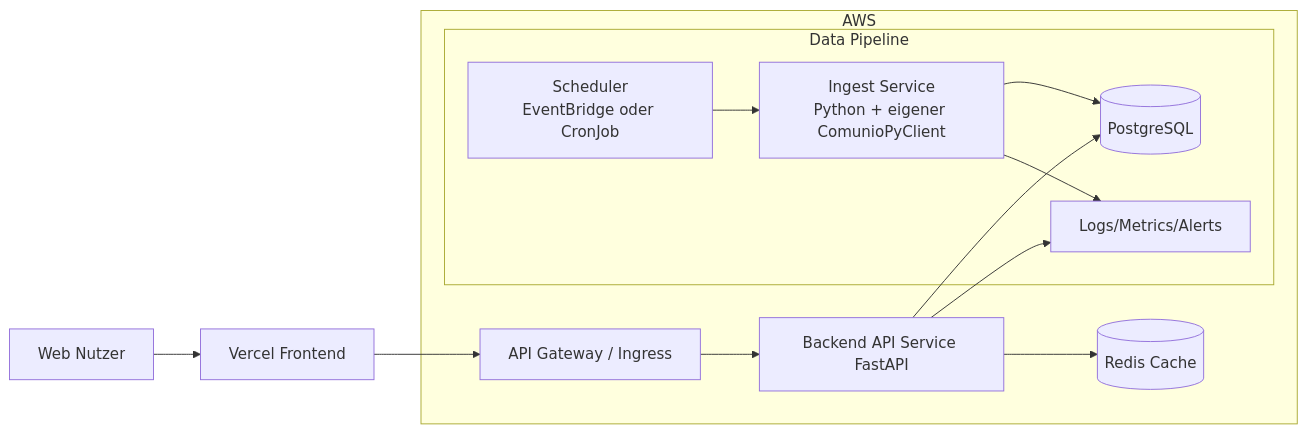
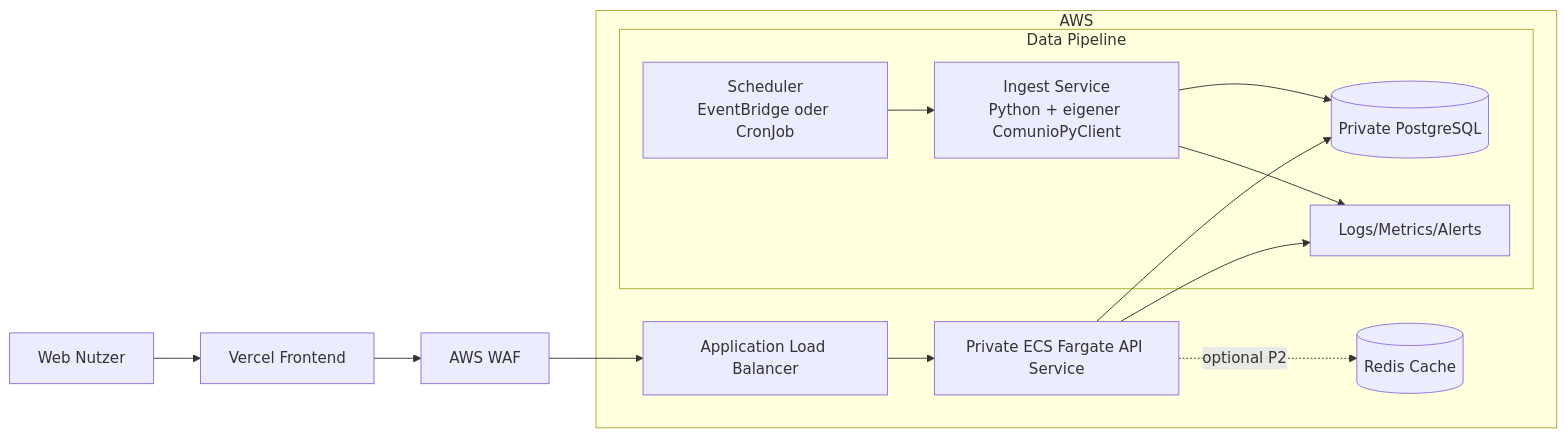
The diagram in architecture.md (Masterpeace753/comunio-data-website), drawn with Mermaid before and after one commit. The commit also changed other lines of this file and 18 other files, not shown here.

First line of the commit message:
feat(ap-11): release read-only FastAPI API

````diff
--- a/architecture.md
+++ b/architecture.md
@@ -14,19 +14,20 @@
 ```mermaid
 flowchart LR
   U[Web Nutzer] --> FE[Vercel Frontend]
-  FE --> API[API Gateway / Ingress]
+  FE --> WAF[AWS WAF]
+  WAF --> ALB[Application Load Balancer]
 
   subgraph AWS
-    API --> BFF[Backend API Service FastAPI]
-    BFF --> DB[(PostgreSQL)]
-    BFF --> C[(Redis Cache)]
+    ALB --> API[Private ECS Fargate API Service]
+    API --> DB[(Private PostgreSQL)]
+    API -. optional P2 .-> C[(Redis Cache)]
 
     subgraph Data Pipeline
       SCH[Scheduler<br/>EventBridge oder CronJob] --> ING[Ingest Service<br/>Python + eigener ComunioPyClient]
       ING --> DB
       ING --> OBS[Logs/Metrics/Alerts]
     end
 
-    BFF --> OBS
+    API --> OBS
   end
 ```
````
